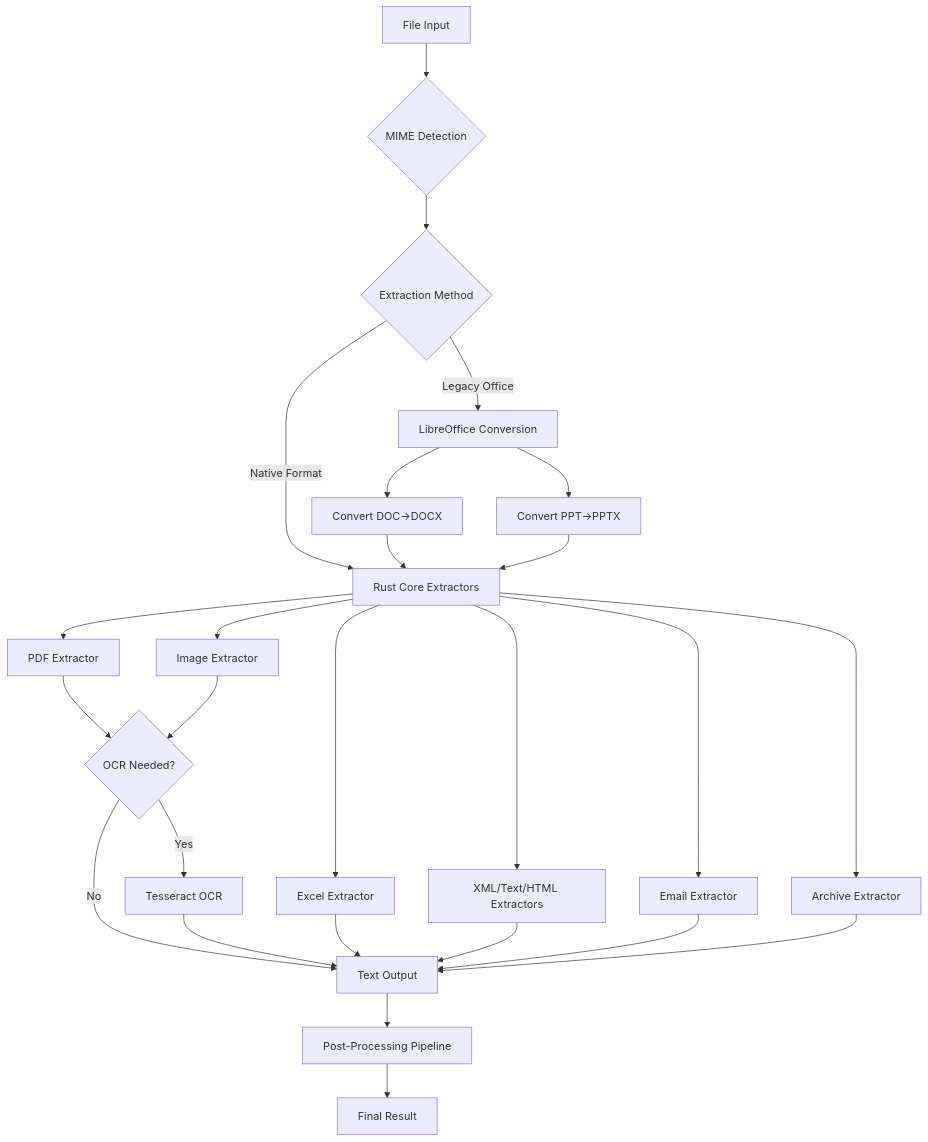
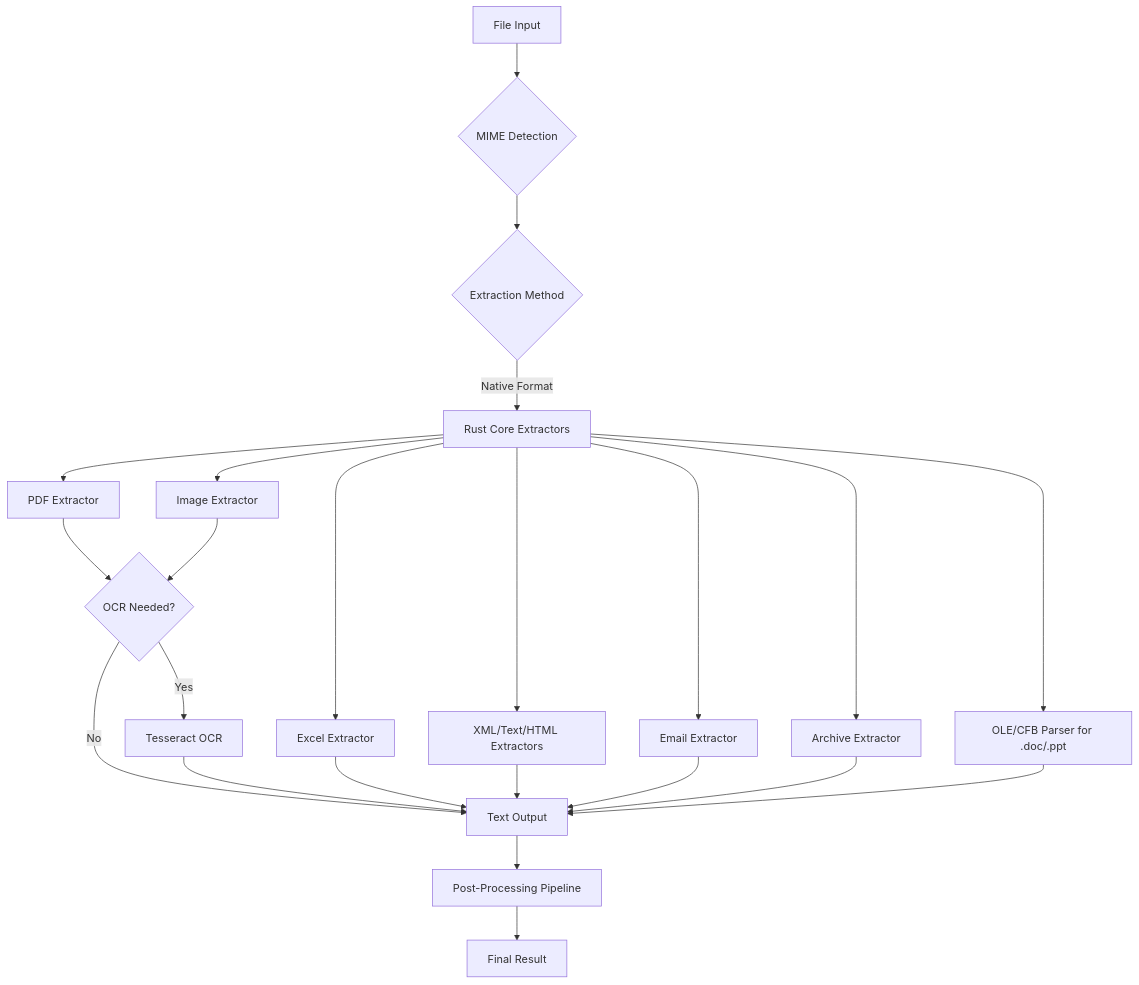
One commit to martinschaer/kreuzberg changed the diagram in docs/reference/formats.md. Above: the diagram before and after it, drawn with Mermaid. The commit also changed other lines of this file and 66 other files, not shown here.

First line of the commit message:
fix: MSG extraction hang on large attachments, remove LibreOffice dependency

````diff
--- a/docs/reference/formats.md
+++ b/docs/reference/formats.md
@@ -124,34 +125,30 @@
 ```mermaid
 graph TD
     A[File Input] --> B{MIME Detection}
     B --> C{Extraction Method}
 
     C -->|Native Format| D[Rust Core Extractors]
-    C -->|Legacy Office| F[LibreOffice Conversion]
 
     D --> G[PDF Extractor]
     D --> H[Excel Extractor]
     D --> I[Image Extractor]
     D --> J[XML/Text/HTML Extractors]
     D --> K[Email Extractor]
     D --> L[Archive Extractor]
-
-    F --> N[Convert DOC→DOCX]
-    F --> O[Convert PPT→PPTX]
-    N --> D
-    O --> D
+    D --> M[OLE/CFB Parser for .doc/.ppt]
 
     G --> P{OCR Needed?}
     I --> P
     P -->|Yes| Q[Tesseract OCR]
     P -->|No| R[Text Output]
     Q --> R
 
     H --> R
     J --> R
     K --> R
     L --> R
+    M --> R
 
     R --> S[Post-Processing Pipeline]
     S --> T[Final Result]
 ```
````
